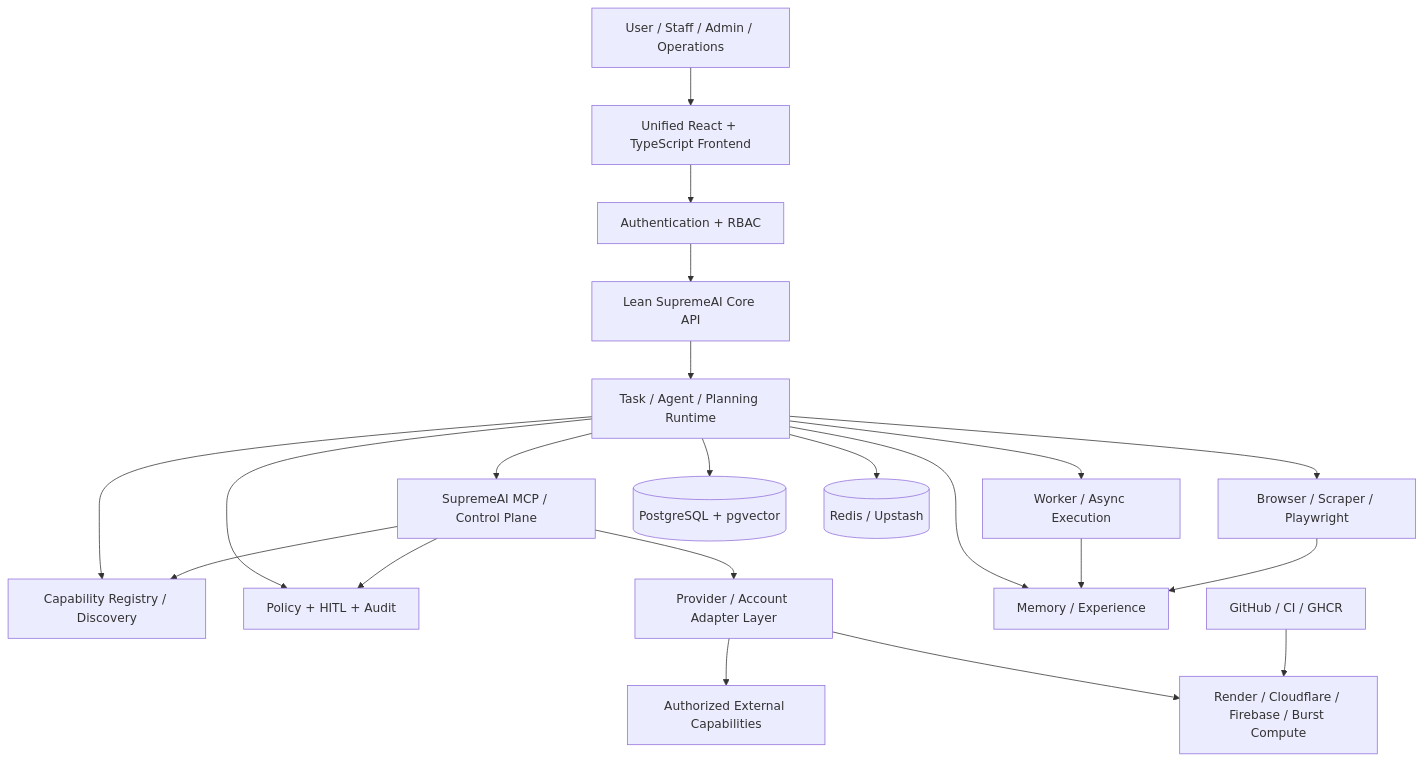
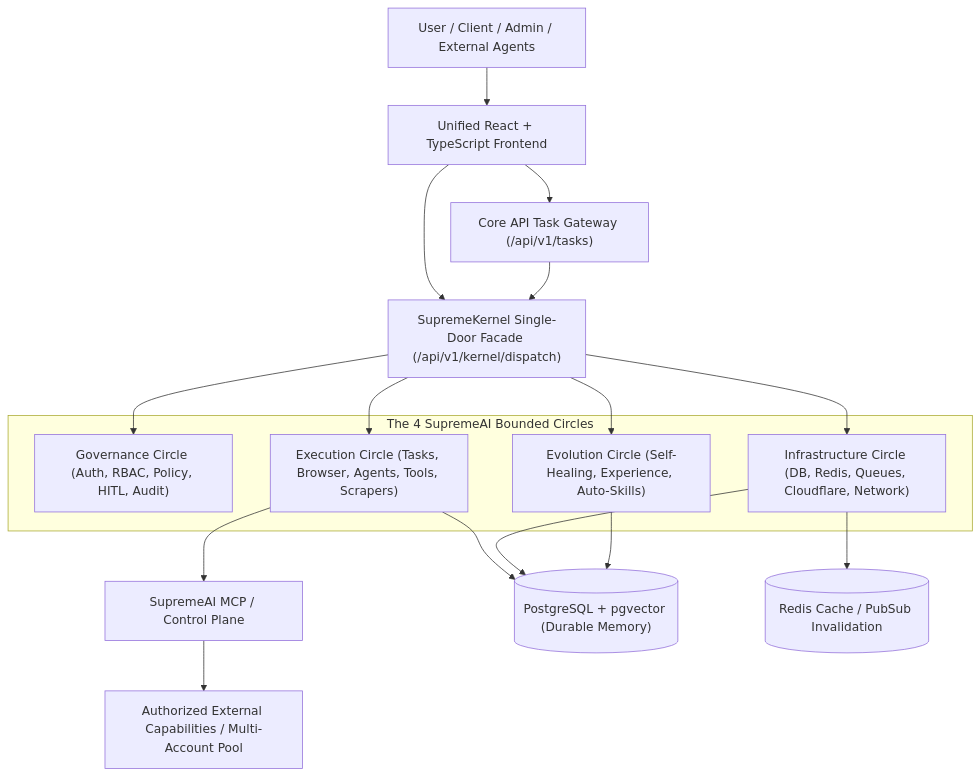
Before and after one commit to SaifulHaqueNiloy/supremeai: the diagram in README.md, drawn with Mermaid. The commit also changed other lines of this file and 1 other file, not shown here.

Commit message:
docs: align README.md architecture, technology map, and repository structure with SupremeKernel and 4 Circles

````diff
--- a/README.md
+++ b/README.md
@@ -436,38 +436,33 @@
 ```mermaid
 flowchart TB
-    USER["User / Staff / Admin / Operations"]
+    USER["User / Client / Admin / External Agents"]
     UI["Unified React + TypeScript Frontend"]
-    AUTH["Authentication + RBAC"]
-    API["Lean SupremeAI Core API"]
-    BRAIN["Task / Agent / Planning Runtime"]
-    CAP["Capability Registry / Discovery"]
-    POL["Policy + HITL + Audit"]
-    WORKER["Worker / Async Execution"]
-    BROWSER["Browser / Scraper / Playwright"]
+    GATEWAY["Core API Task Gateway (/api/v1/tasks)"]
+    KERNEL["SupremeKernel Single-Door Facade (/api/v1/kernel/dispatch)"]
+
+    subgraph CIRCLES["The 4 SupremeAI Bounded Circles"]
+        GOV["Governance Circle (Auth, RBAC, Policy, HITL, Audit)"]
+        EXEC["Execution Circle (Tasks, Browser, Agents, Tools, Scrapers)"]
+        EVO["Evolution Circle (Self-Healing, Experience, Auto-Skills)"]
+        INFRA["Infrastructure Circle (DB, Redis, Queues, Cloudflare, Network)"]
+    end
+
     MCP["SupremeAI MCP / Control Plane"]
-    PA["Provider / Account Adapter Layer"]
-    MEM["Memory / Experience"]
-    DB[("PostgreSQL + pgvector")]
-    REDIS[("Redis / Upstash")]
-    EXT["Authorized External Capabilities"]
-    CI["GitHub / CI / GHCR"]
-    RUNTIME["Render / Cloudflare / Firebase / Burst Compute"]
+    EXT["Authorized External Capabilities / Multi-Account Pool"]
+    MEM[("PostgreSQL + pgvector (Durable Memory)")]
+    CACHE[("Redis Cache / PubSub Invalidation")]
 
-    USER --> UI --> AUTH --> API --> BRAIN
-    BRAIN --> CAP
-    BRAIN --> POL
-    BRAIN --> MEM
-    BRAIN --> DB
-    BRAIN --> REDIS
-    BRAIN --> WORKER
-    BRAIN --> BROWSER
-    BRAIN --> MCP
-    MCP --> CAP
-    MCP --> POL
-    MCP --> PA
-    PA --> EXT
-    PA --> RUNTIME
-    CI --> RUNTIME
-    WORKER --> MEM
-    BROWSER --> MEM
+    USER --> UI
+    UI --> GATEWAY
+    UI --> KERNEL
+    GATEWAY --> KERNEL
+    KERNEL --> GOV
+    KERNEL --> EXEC
+    KERNEL --> EVO
+    KERNEL --> INFRA
+    EXEC --> MCP --> EXT
+    EXEC --> MEM
+    INFRA --> CACHE
+    INFRA --> MEM
+    EVO --> MEM
 ```
````
